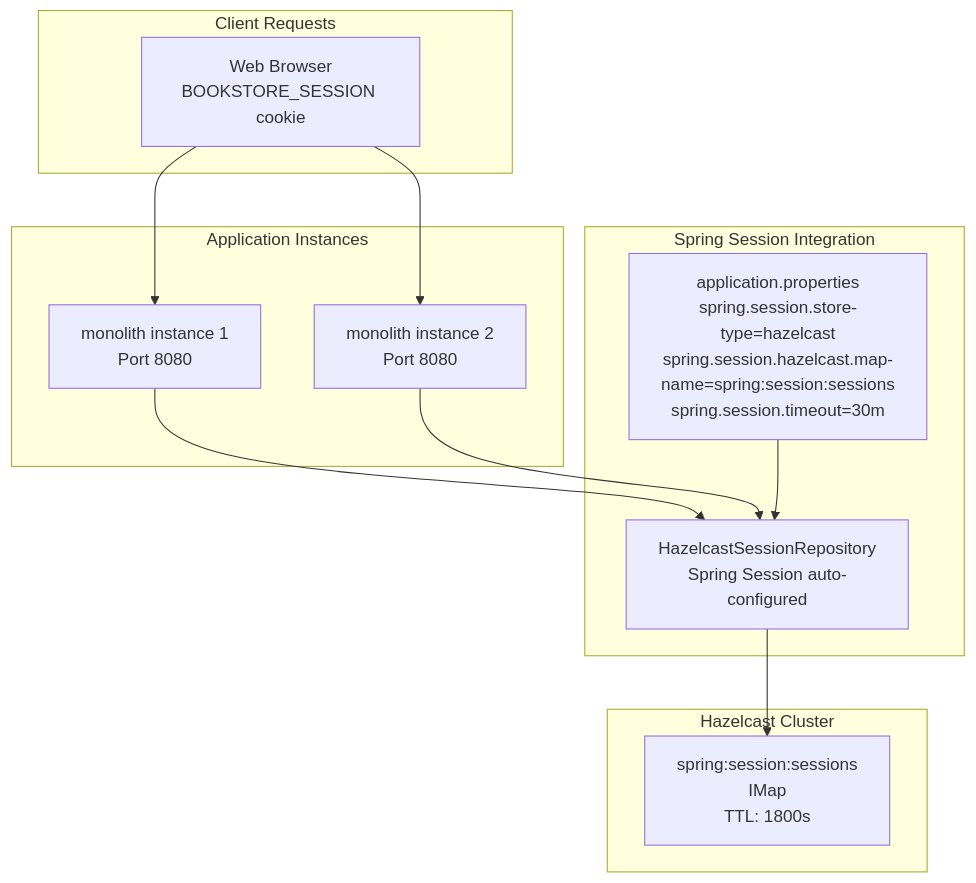
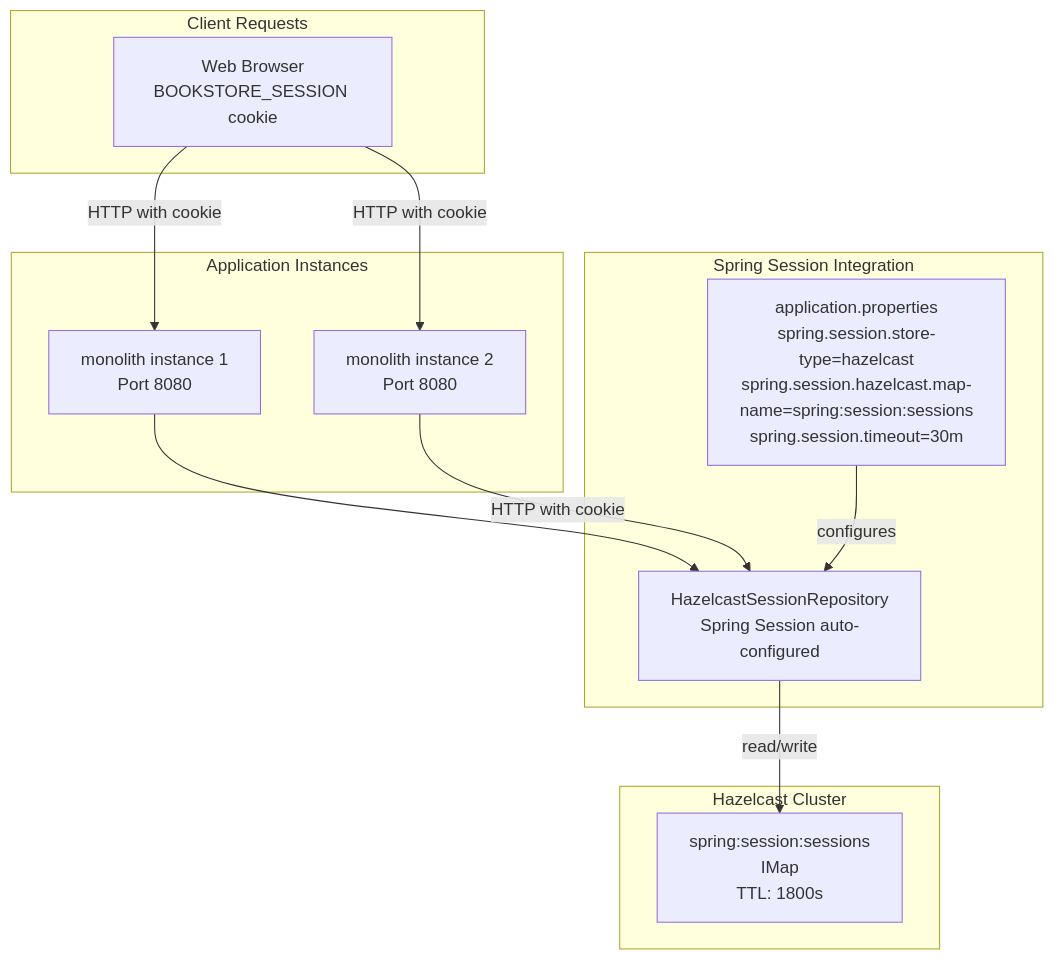
One commit to philipz/spring-modular-monolith changed the third of 4 diagrams in docs/deepwiki/Caching-with-Hazelcast.md. Above: the diagram before and after it, drawn with Mermaid. The commit also changed other lines of this file and 55 other files, not shown here.

````diff
--- a/docs/deepwiki/Caching-with-Hazelcast.md
+++ b/docs/deepwiki/Caching-with-Hazelcast.md
@@ -319,35 +319,35 @@
 ```mermaid
 flowchart TD
 
 Browser["Web Browser<br>BOOKSTORE_SESSION cookie"]
 Instance1["monolith instance 1<br>Port 8080"]
 Instance2["monolith instance 2<br>Port 8080"]
 SessionConfig["application.properties<br>spring.session.store-type=hazelcast<br>spring.session.hazelcast.map-name=spring:session:sessions<br>spring.session.timeout=30m"]
 SessionRepo["HazelcastSessionRepository<br>Spring Session auto-configured"]
 SessionMap["spring:session:sessions<br>IMap<String, Object><br>TTL: 1800s"]
 
-Browser --> Instance1
-Browser --> Instance2
+Browser -->|"HTTP with cookie"| Instance1
+Browser -->|"HTTP with cookie"| Instance2
 Instance1 --> SessionRepo
-Instance2 --> SessionRepo
-SessionRepo --> SessionMap
+Instance2 -->|"HTTP with cookie"| SessionRepo
+SessionRepo -->|"read/write"| SessionMap
 
 subgraph subGraph3 ["Hazelcast Cluster"]
     SessionMap
 end
 
 subgraph subGraph2 ["Spring Session Integration"]
     SessionConfig
     SessionRepo
-    SessionConfig --> SessionRepo
+    SessionConfig -->|"configures"| SessionRepo
 end
 
 subgraph subGraph1 ["Application Instances"]
     Instance1
     Instance2
 end
 
 subgraph subGraph0 ["Client Requests"]
     Browser
 end
 ```
````
